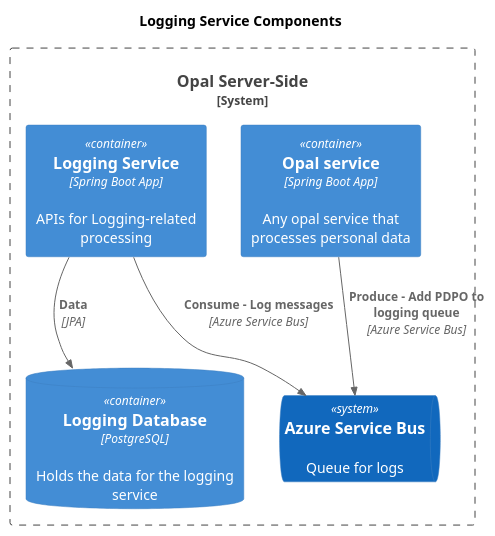
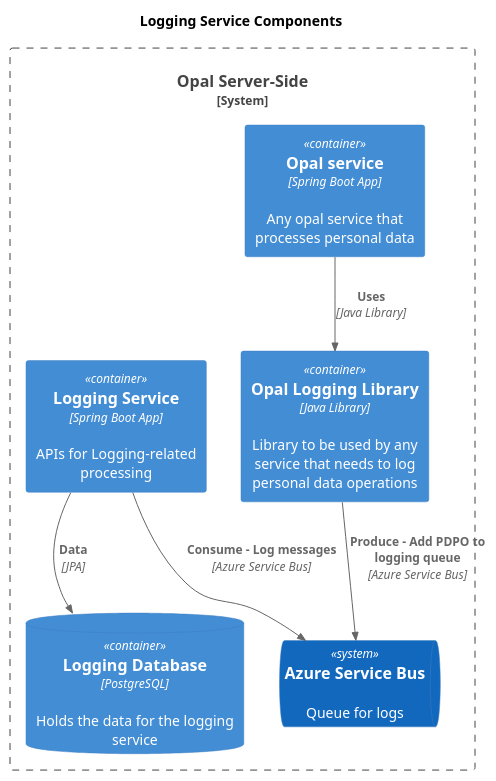
Before and after one commit to hmcts/opal-docs: the diagram in plantUML/logging-service/logging-service-components.puml, drawn with PlantUML.

Commit message:
Updated logging components to include the library

```diff
--- a/plantUML/logging-service/logging-service-components.puml
+++ b/plantUML/logging-service/logging-service-components.puml
@@ -2,21 +2,23 @@
 @startuml
 !include <C4/C4_Container>
 
 title
 <b>Logging Service Components</b>
 end title
 
 
 System_Boundary(server, "Opal Server-Side"){
+ Container(loggingLibrary, "Opal Logging Library", "Java Library", "Library to be used by any service that needs to log personal data operations")
   Container(opalService, "Opal service", "Spring Boot App", "Any opal service that processes personal data")
   Container(loggingService, "Logging Service", "Spring Boot App", "APIs for Logging-related processing")
   ContainerDb(loggingDb, "Logging Database", "PostgreSQL", "Holds the data for the logging service")
   SystemQueue(loggingQueue, "Azure Service Bus", "Queue for logs")
 
 }
-Rel(opalService, loggingQueue, "Produce - Add PDPO to logging queue", "Azure Service Bus")
+Rel(opalService, loggingLibrary, "Uses", "Java Library")
+Rel(loggingLibrary, loggingQueue, "Produce - Add PDPO to logging queue", "Azure Service Bus")
 
 Rel(loggingService, loggingQueue, "Consume - Log messages", "Azure Service Bus")
 Rel(loggingService, loggingDb, "Data", "JPA")
 
 @enduml
```
